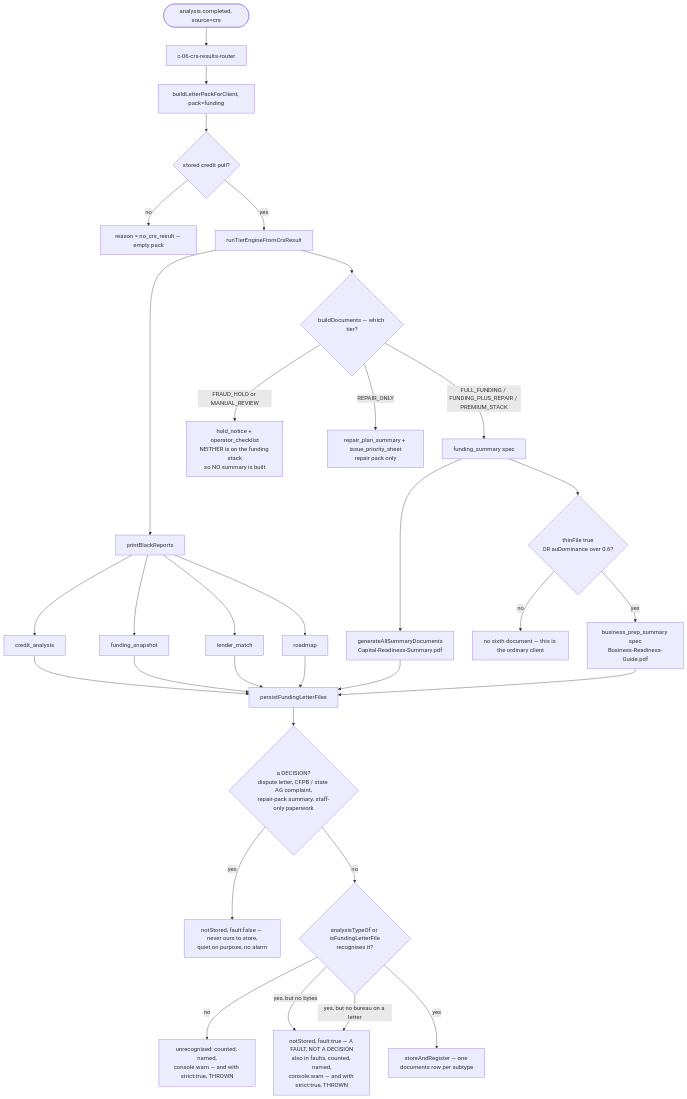
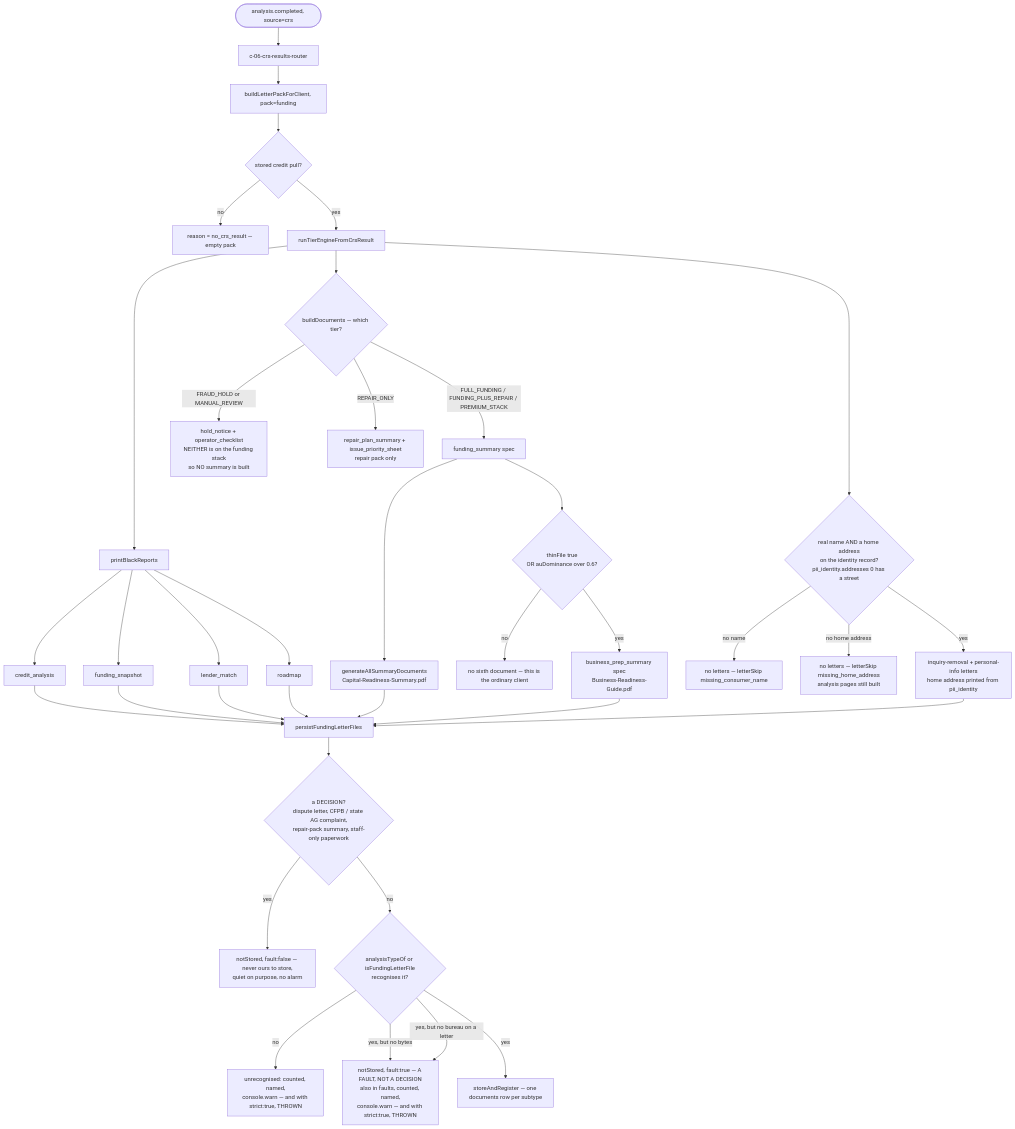
Before and after one commit to ZootimusMaximusSupreme/Fundhub_ai: the first of 2 diagrams in docs/journeys/deliverables-actual.md, drawn with Mermaid. The commit also changed other lines of this file and 11 other files, not shown here.

First line of the commit message:
fix(N9): bureau letters print the saved home address, or are not built

````diff
--- a/docs/journeys/deliverables-actual.md
+++ b/docs/journeys/deliverables-actual.md
@@ -37,40 +46,46 @@
 ```mermaid
 flowchart TD
     EV([analysis.completed, source=crs]) --> C06[c-06-crs-results-router]
     C06 --> PACK[buildLetterPackForClient, pack=funding]
 
     PACK --> ENG{stored credit pull?}
     ENG -->|no| NOCRS[reason = no_crs_result — empty pack]
     ENG -->|yes| TIER[runTierEngineFromCrsResult]
 
     TIER --> PRINT[printBlackReports]
     PRINT --> P1[credit_analysis]
     PRINT --> P2[funding_snapshot]
     PRINT --> P3[lender_match]
     PRINT --> P4[roadmap]
 
     TIER --> BD{buildDocuments — which tier?}
     BD -->|FRAUD_HOLD or MANUAL_REVIEW| HOLD[hold_notice + operator_checklist<br/>NEITHER is on the funding stack<br/>so NO summary is built]
     BD -->|REPAIR_ONLY| REP[repair_plan_summary + issue_priority_sheet<br/>repair pack only]
     BD -->|FULL_FUNDING / FUNDING_PLUS_REPAIR / PREMIUM_STACK| FS[funding_summary spec]
     FS --> P5[generateAllSummaryDocuments<br/>Capital-Readiness-Summary.pdf]
 
     FS --> THIN{thinFile true<br/>OR auDominance over 0.6?}
     THIN -->|no| ONLY5[no sixth document — this is the ordinary client]
     THIN -->|yes| P6[business_prep_summary spec<br/>Business-Readiness-Guide.pdf]
 
+    TIER --> HOME{real name AND a home address<br/>on the identity record?<br/>pii_identity.addresses 0 has a street}
+    HOME -->|no name| NONAME[no letters — letterSkip missing_consumer_name]
+    HOME -->|no home address| NOHOME[no letters — letterSkip missing_home_address<br/>analysis pages still built]
+    HOME -->|yes| LET[inquiry-removal + personal-info letters<br/>home address printed from pii_identity]
+    LET --> SAVE
+
     P1 --> SAVE[persistFundingLetterFiles]
     P2 --> SAVE
     P3 --> SAVE
     P4 --> SAVE
     P5 --> SAVE
     P6 --> SAVE
 
     SAVE --> EX{a DECISION?<br/>dispute letter, CFPB / state AG complaint,<br/>repair-pack summary, staff-only paperwork}
     EX -->|yes| NS[notStored, fault:false — never ours to store,<br/>quiet on purpose, no alarm]
     EX -->|no| AT{analysisTypeOf or isFundingLetterFile<br/>recognises it?}
     AT -->|no| UNK[unrecognised: counted, named,<br/>console.warn — and with strict:true, THROWN]
     AT -->|"yes, but no bytes"| FAULT[notStored, fault:true — A FAULT, NOT A DECISION<br/>also in faults, counted, named,<br/>console.warn — and with strict:true, THROWN]
     AT -->|"yes, but no bureau on a letter"| FAULT
     AT -->|yes| ROW[storeAndRegister — one documents row per subtype]
 ```
````
